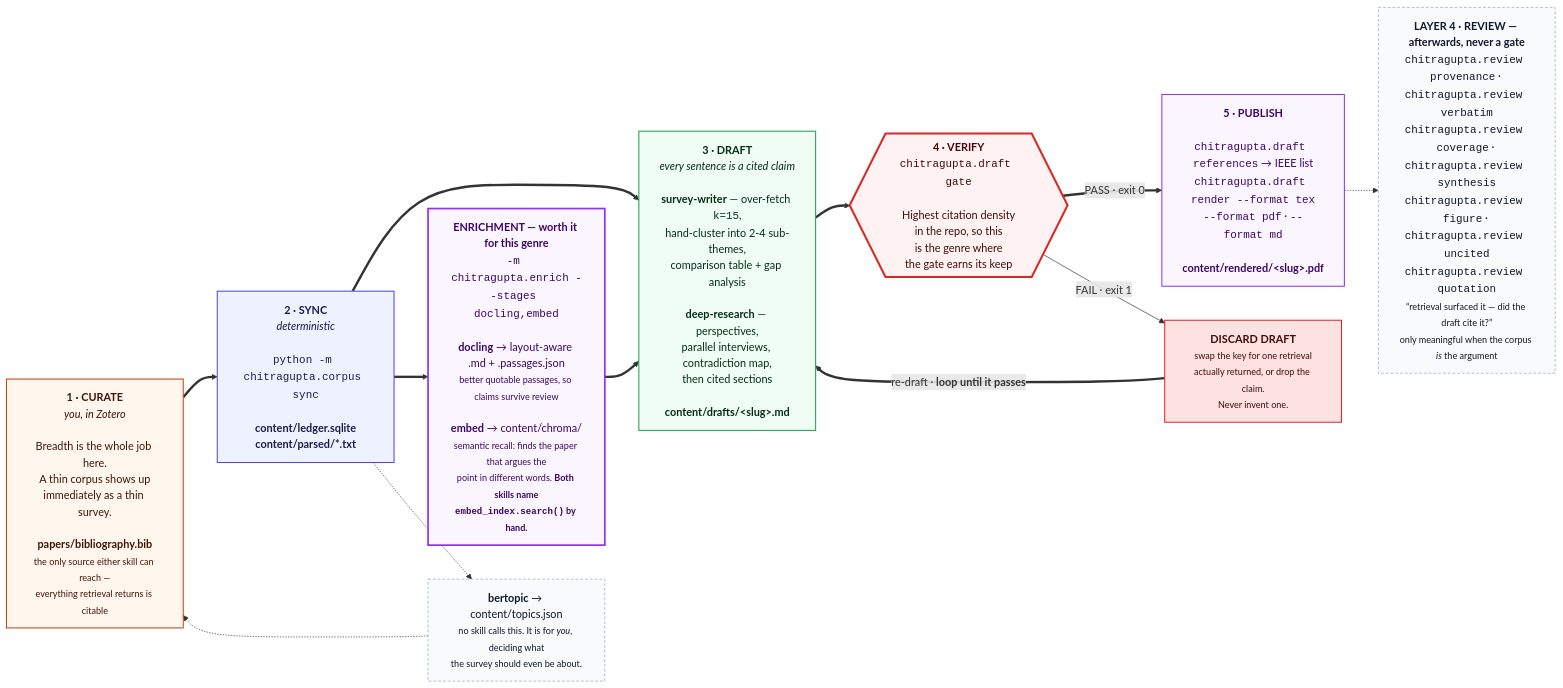
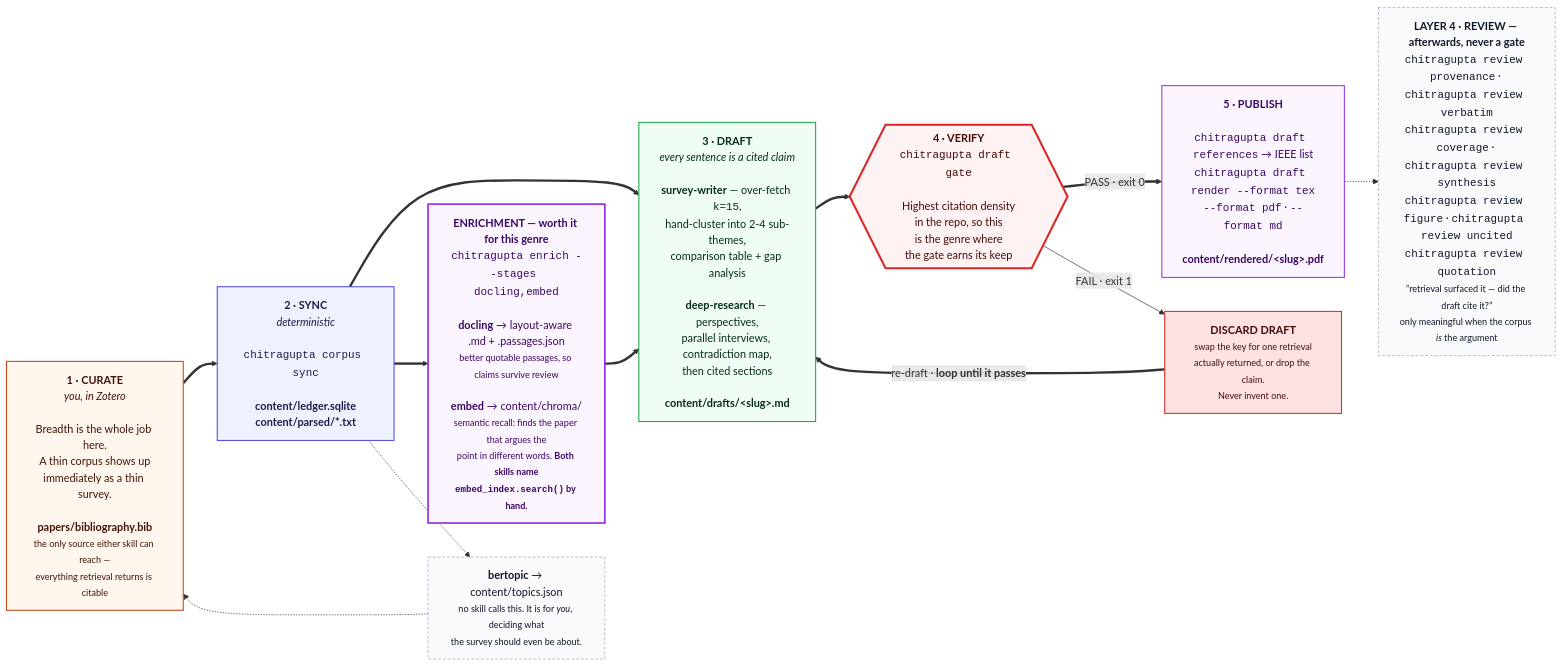
The seventh of 11 diagrams in docs/DIAGRAMS.md (prasadtalasila/chitragupta), drawn with Mermaid before and after one commit. The commit also changed other lines of this file and 19 other files, not shown here.

````diff
--- a/docs/DIAGRAMS.md
+++ b/docs/DIAGRAMS.md
@@ -678,47 +678,47 @@
 ```mermaid
 flowchart LR
 
   P0["<b>1 · CURATE</b><br/><i>you, in Zotero</i><br/><br/>Breadth is the whole job here.<br/>A thin corpus shows up<br/>immediately as a thin survey.<br/><br/><b>papers/bibliography.bib</b><br/><small>the only source either skill can reach —<br/>everything retrieval returns is citable</small>"]
 
-  P1["<b>2 · SYNC</b><br/><i>deterministic</i><br/><br/><code>python -m chitragupta.corpus sync</code><br/><br/><b>content/ledger.sqlite</b><br/><b>content/parsed/*.txt</b>"]
+  P1["<b>2 · SYNC</b><br/><i>deterministic</i><br/><br/><code>chitragupta corpus sync</code><br/><br/><b>content/ledger.sqlite</b><br/><b>content/parsed/*.txt</b>"]
 
-  HEAVY["<b>ENRICHMENT — worth it for this genre</b><br/><code>-m chitragupta.enrich --stages docling,embed</code><br/><br/><b>docling</b> → layout-aware .md + .passages.json<br/><small>better quotable passages, so claims survive review</small><br/><br/><b>embed</b> → content/chroma/<br/><small>semantic recall: finds the paper that argues the<br/>point in different words. <b>Both skills name<br/><code>embed_index.search()</code> by hand.</b></small>"]
+  HEAVY["<b>ENRICHMENT — worth it for this genre</b><br/><code>chitragupta enrich --stages docling,embed</code><br/><br/><b>docling</b> → layout-aware .md + .passages.json<br/><small>better quotable passages, so claims survive review</small><br/><br/><b>embed</b> → content/chroma/<br/><small>semantic recall: finds the paper that argues the<br/>point in different words. <b>Both skills name<br/><code>embed_index.search()</code> by hand.</b></small>"]
 
   P2["<b>3 · DRAFT</b><br/><i>every sentence is a cited claim</i><br/><br/><b>survey-writer</b> — over-fetch <code>k=15</code>,<br/>hand-cluster into 2-4 sub-themes,<br/>comparison table + gap analysis<br/><br/><b>deep-research</b> — perspectives,<br/>parallel interviews, contradiction map,<br/>then cited sections<br/><br/><b>content/drafts/&lt;slug&gt;.md</b>"]
 
-  P3{{"<b>4 · VERIFY</b><br/><code>chitragupta.draft gate</code><br/><br/>Highest citation density<br/>in the repo, so this<br/>is the genre where<br/>the gate earns its keep"}}
+  P3{{"<b>4 · VERIFY</b><br/><code>chitragupta draft gate</code><br/><br/>Highest citation density<br/>in the repo, so this<br/>is the genre where<br/>the gate earns its keep"}}
 
   FIX["<b>DISCARD DRAFT</b><br/><small>swap the key for one retrieval<br/>actually returned, or drop the claim.<br/>Never invent one.</small>"]
 
-  P4["<b>5 · PUBLISH</b><br/><br/><code>chitragupta.draft references</code> → IEEE list<br/><code>chitragupta.draft render --format tex</code><br/><code>--format pdf</code> · <code>--format md</code><br/><br/><b>content/rendered/&lt;slug&gt;.pdf</b>"]
+  P4["<b>5 · PUBLISH</b><br/><br/><code>chitragupta draft references</code> → IEEE list<br/><code>chitragupta draft render --format tex</code><br/><code>--format pdf</code> · <code>--format md</code><br/><br/><b>content/rendered/&lt;slug&gt;.pdf</b>"]
 
-  AID["<b>LAYER 4 · REVIEW — afterwards, never a gate</b><br/><code>chitragupta.review provenance</code> · <code>chitragupta.review verbatim</code><br/><code>chitragupta.review coverage</code> · <code>chitragupta.review synthesis</code><br/><code>chitragupta.review figure</code> · <code>chitragupta.review uncited</code><br/><code>chitragupta.review quotation</code><br/><small>“retrieval surfaced it — did the draft cite it?”<br/>only meaningful when the corpus <i>is</i> the argument</small>"]
+  AID["<b>LAYER 4 · REVIEW — afterwards, never a gate</b><br/><code>chitragupta review provenance</code> · <code>chitragupta review verbatim</code><br/><code>chitragupta review coverage</code> · <code>chitragupta review synthesis</code><br/><code>chitragupta review figure</code> · <code>chitragupta review uncited</code><br/><code>chitragupta review quotation</code><br/><small>“retrieval surfaced it — did the draft cite it?”<br/>only meaningful when the corpus <i>is</i> the argument</small>"]
 
   BERT["<b>bertopic</b> → content/topics.json<br/><small>no skill calls this. It is for <i>you</i>, deciding what<br/>the survey should even be about.</small>"]
 
   P0 ==> P1 ==> P2 ==> P3
   P1 ==> HEAVY ==> P2
   P3 == "PASS · exit 0" ==> P4
   P3 -- "FAIL · exit 1" --> FIX
   FIX == "re-draft · <b>loop until it passes</b>" ==> P2
   P4 -.-> AID
   P1 -.-> BERT -.-> P0
 
   classDef you fill:#fff7ed,stroke:#c2410c,stroke-width:1.5px,color:#431407
   classDef det fill:#eef2ff,stroke:#4f46e5,stroke-width:1.5px,color:#1e1b4b
   classDef gen fill:#f0fdf4,stroke:#16a34a,stroke-width:1.5px,color:#052e16
   classDef gate fill:#fef2f2,stroke:#dc2626,stroke-width:3px,color:#450a0a
   classDef out fill:#faf5ff,stroke:#9333ea,stroke-width:1.5px,color:#3b0764
   classDef bad fill:#fee2e2,stroke:#dc2626,stroke-width:1.5px,color:#450a0a
   classDef heavy fill:#faf5ff,stroke:#9333ea,stroke-width:2.5px,color:#3b0764
   classDef aid fill:#f8fafc,stroke:#94a3b8,stroke-dasharray:4 3,color:#0f172a
 
   class P0 you
   class P1 det
   class P2 gen
   class P3 gate
   class P4 out
   class FIX bad
   class HEAVY heavy
   class AID,BERT aid
 ```
````
